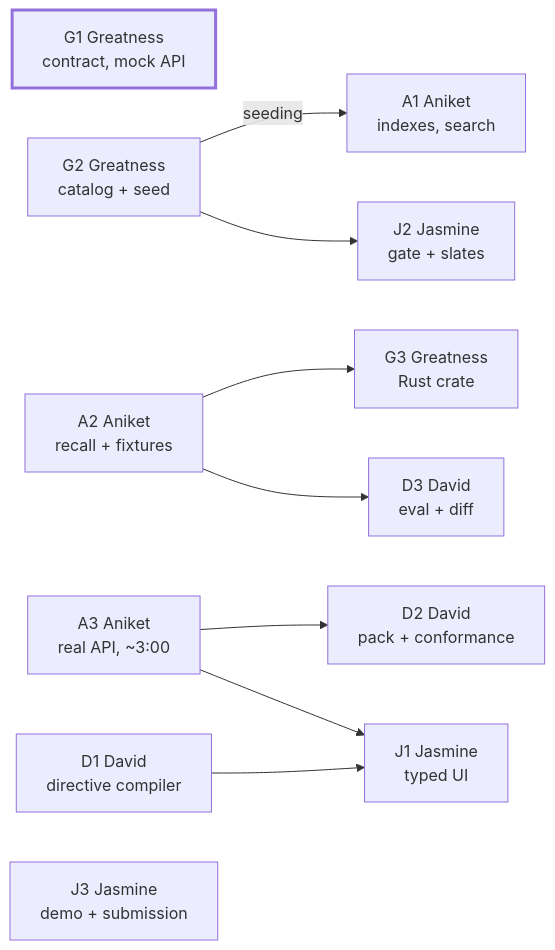
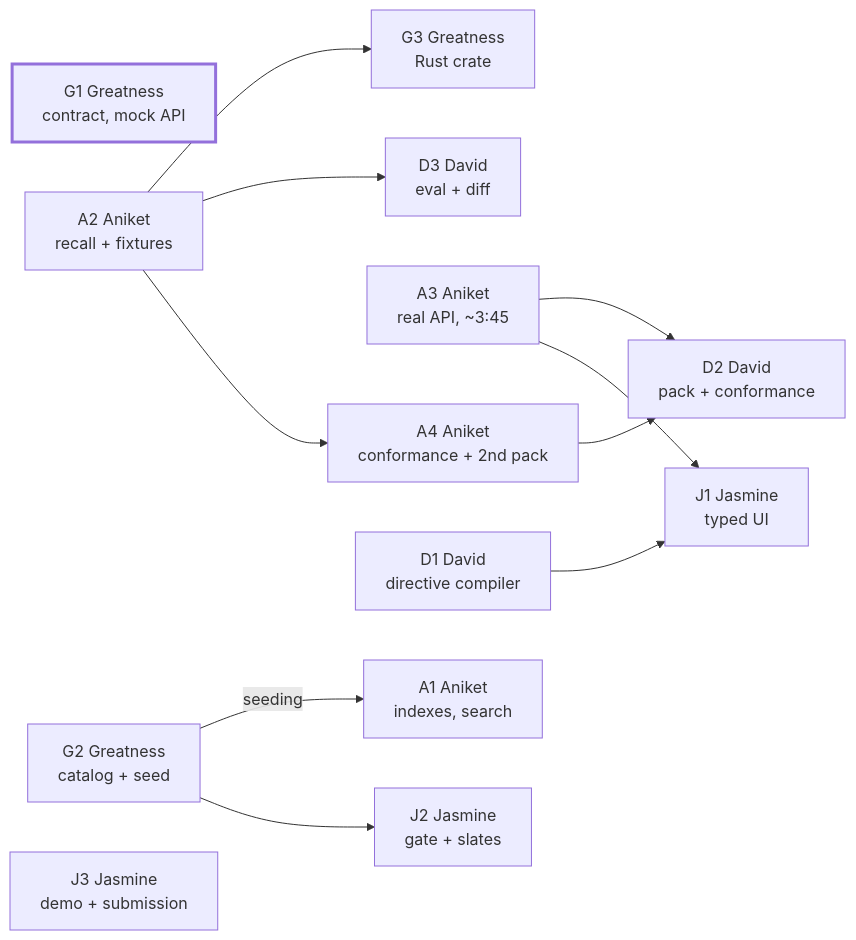
The second of 2 diagrams in docs/TECHNICAL_DOCUMENTATION.md (aniketqxp/mongodb-hackathon), drawn with Mermaid before and after one commit. The commit also changed other lines of this file and 16 other files, not shown here.

````diff
--- a/docs/TECHNICAL_DOCUMENTATION.md
+++ b/docs/TECHNICAL_DOCUMENTATION.md
@@ -259,23 +286,26 @@
 ```mermaid
 flowchart LR
   G1["G1 Greatness<br/>contract, mock API"]:::main
   G2["G2 Greatness<br/>catalog + seed"]
   G3["G3 Greatness<br/>Rust crate"]
   A1["A1 Aniket<br/>indexes, search"]
   A2["A2 Aniket<br/>recall + fixtures"]
-  A3["A3 Aniket<br/>real API, ~3:00"]
+  A3["A3 Aniket<br/>real API, ~3:45"]
+  A4["A4 Aniket<br/>conformance + 2nd pack"]
   D1["D1 David<br/>directive compiler"]
   D2["D2 David<br/>pack + conformance"]
   D3["D3 David<br/>eval + diff"]
   J1["J1 Jasmine<br/>typed UI"]
   J2["J2 Jasmine<br/>gate + slates"]
   J3["J3 Jasmine<br/>demo + submission"]
   G2 -->|seeding| A1
   G2 --> J2
   A2 --> G3
   A2 --> D3
   A3 --> D2
+  A4 --> D2
+  A2 --> A4
   A3 --> J1
   D1 --> J1
   classDef main stroke-width:3px
 ```
````
